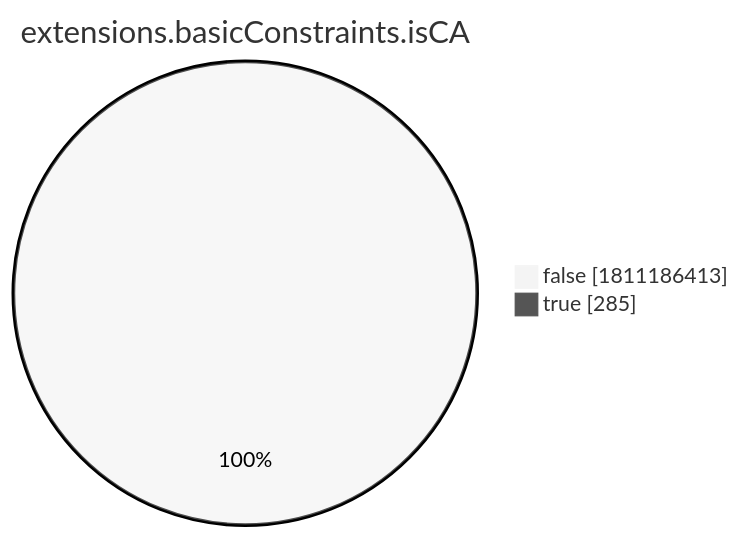
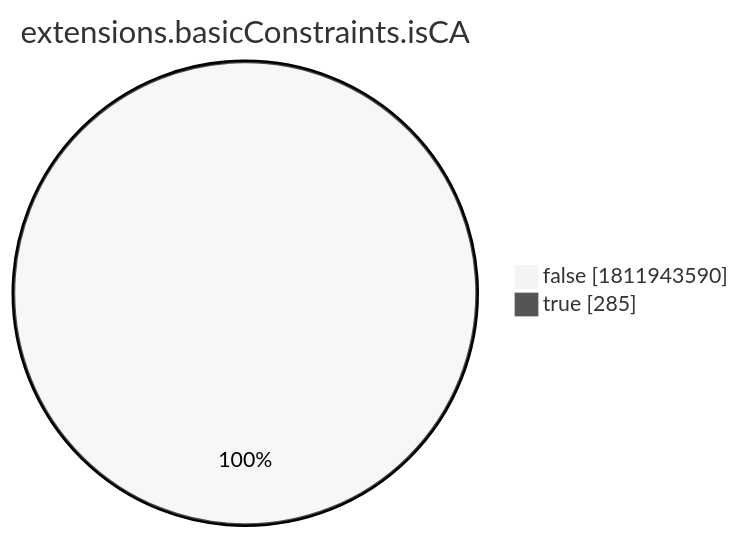
Before and after one commit to christiankrug/ctmonitor_visualization: the eighth of 15 diagrams in xenon2022/README.md, drawn with Mermaid (neutral theme). The commit also changed other lines of this file, not shown here.

````diff
--- a/xenon2022/README.md
+++ b/xenon2022/README.md
@@ -2868,6 +2868,6 @@
 ```mermaid
 pie showData
 title extensions.basicConstraints.isCA
-"false" :1811186413
+"false" :1811943590
 "true" :285
 ```
````
